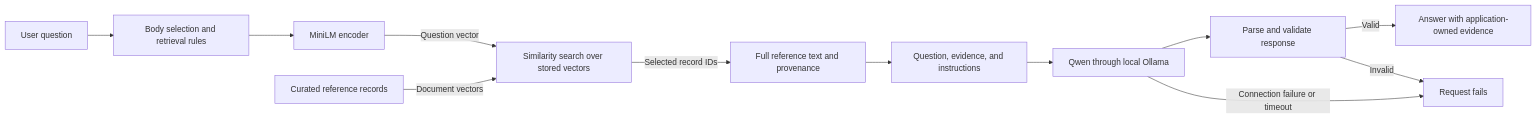
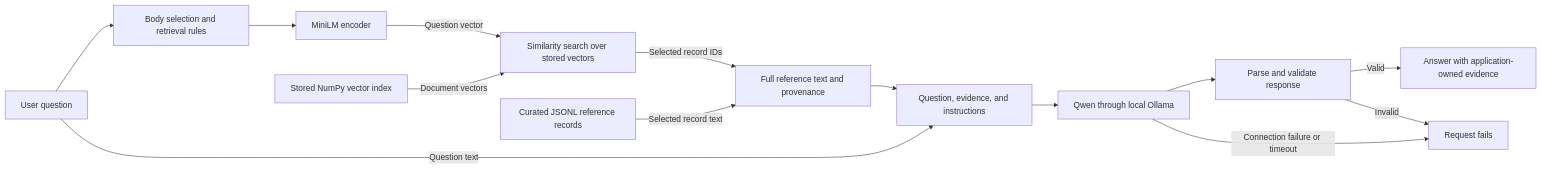
The first of 6 diagrams in docs/ai-pipeline.md (Kongstad/planetary-scanner), drawn with Mermaid before and after one commit. The commit also changed other lines of this file and 93 other files, not shown here.

````diff
--- a/docs/ai-pipeline.md
+++ b/docs/ai-pipeline.md
@@ -29,14 +29,16 @@
 ```mermaid
 flowchart LR
     Question[User question] --> Routing[Body selection and retrieval rules]
     Routing --> Encoder[MiniLM encoder]
     Encoder -->|Question vector| Search[Similarity search over stored vectors]
-    Records[Curated reference records] -->|Document vectors| Search
+    Index[Stored NumPy vector index] -->|Document vectors| Search
     Search -->|Selected record IDs| Evidence[Full reference text and provenance]
+    Records[Curated JSONL reference records] -->|Selected record text| Evidence
     Evidence --> Prompt[Question, evidence, and instructions]
+    Question -->|Question text| Prompt
     Prompt --> LLM[Qwen through local Ollama]
     LLM --> Validation[Parse and validate response]
     Validation -->|Valid| Result[Answer with application-owned evidence]
     Validation -->|Invalid| Failure[Request fails]
     LLM -->|Connection failure or timeout| Failure
 ```
````
